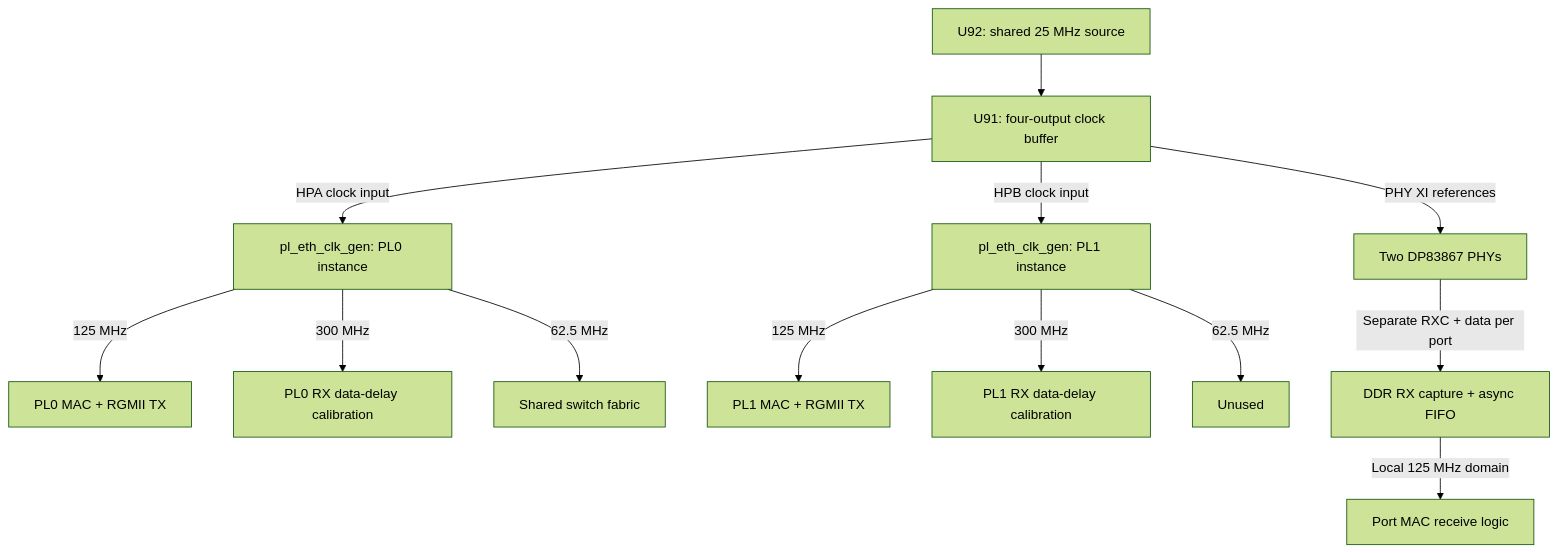
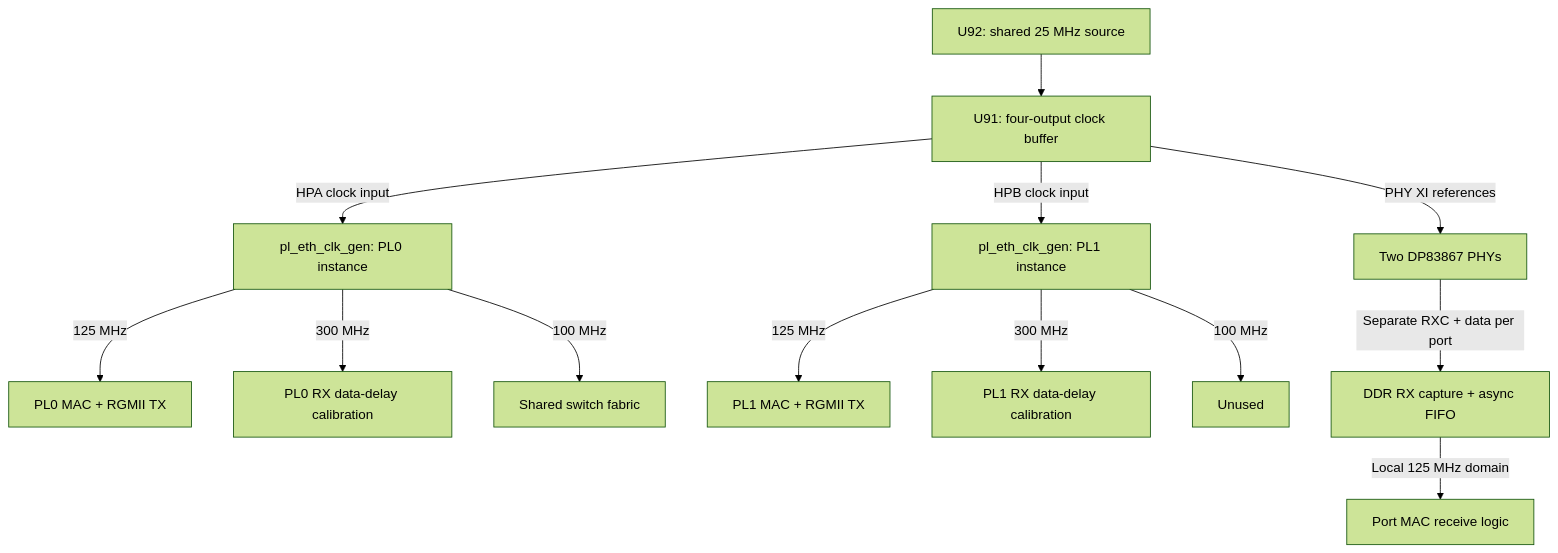
The diagram in docs/board-integration.md (GhlHub/open_ethernet_switch), drawn with Mermaid (forest theme) before and after one commit. The commit also changed other lines of this file and 56 other files, not shown here.

First line of the commit message:
Advance 100 MHz switch datapath and link control; refresh design inventory

````diff
--- a/docs/board-integration.md
+++ b/docs/board-integration.md
@@ -58,15 +58,15 @@
 ```mermaid
 flowchart TB
     OSC["U92: shared 25 MHz source"] --> BUF["U91: four-output clock buffer"]
     BUF -->|HPA clock input| C0["pl_eth_clk_gen: PL0 instance"]
     BUF -->|HPB clock input| C1["pl_eth_clk_gen: PL1 instance"]
     BUF -->|PHY XI references| PHY["Two DP83867 PHYs"]
     C0 -->|125 MHz| P0["PL0 MAC + RGMII TX"]
     C1 -->|125 MHz| P1["PL1 MAC + RGMII TX"]
     C0 -->|300 MHz| D0["PL0 RX data-delay calibration"]
     C1 -->|300 MHz| D1["PL1 RX data-delay calibration"]
-    C0 -->|62.5 MHz| FAB["Shared switch fabric"]
-    C1 -->|62.5 MHz| UNUSED["Unused"]
+    C0 -->|100 MHz| FAB["Shared switch fabric"]
+    C1 -->|100 MHz| UNUSED["Unused"]
     PHY -->|Separate RXC + data per port| RX["DDR RX capture + async FIFO"]
     RX -->|Local 125 MHz domain| MAC["Port MAC receive logic"]
 ```
````
